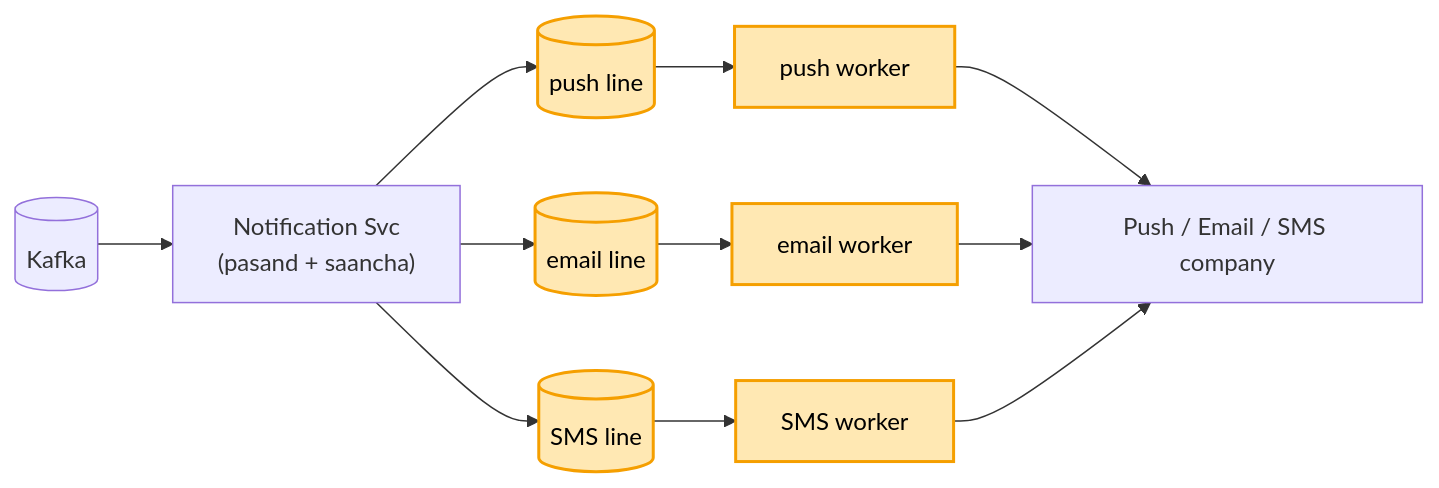
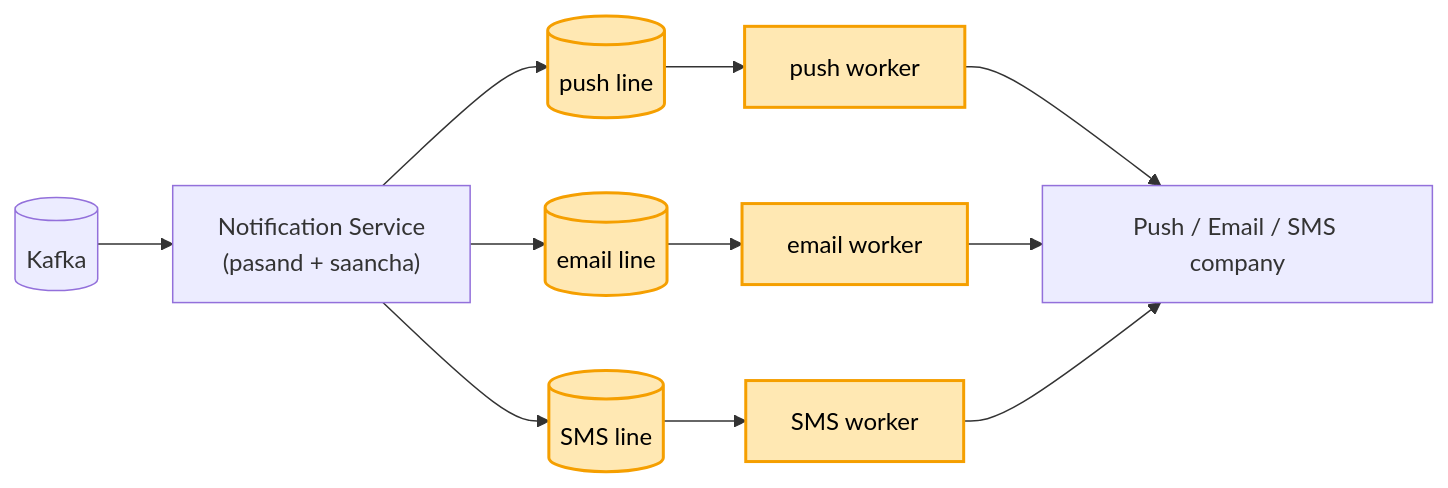
One commit to ArpanMaheshwari144/Prep changed the third of 11 diagrams in 04_HLD/SYSTEM_DESIGNS/04_notification_system/04_notification_system.md. Above: the diagram before and after it, drawn with Mermaid. The commit also changed other lines of this file and 8 other files, not shown here.

````diff
--- a/04_HLD/SYSTEM_DESIGNS/04_notification_system/04_notification_system.md
+++ b/04_HLD/SYSTEM_DESIGNS/04_notification_system/04_notification_system.md
@@ -103,17 +103,17 @@
 ```mermaid
 flowchart LR
-    K[("Kafka")] --> N["Notification Svc<br/>(pasand + saancha)"]
+    K[("Kafka")] --> N["Notification Service<br/>(pasand + saancha)"]
     N --> LP[("push line")]
     N --> LE[("email line")]
     N --> LS[("SMS line")]
     LP --> WP["push worker"]
     LE --> WE["email worker"]
     LS --> WS["SMS worker"]
     WP & WE & WS --> C["Push / Email / SMS company"]
     style LP fill:#ffe8b3,stroke:#f59f00,stroke-width:2px,color:#000
     style LE fill:#ffe8b3,stroke:#f59f00,stroke-width:2px,color:#000
     style LS fill:#ffe8b3,stroke:#f59f00,stroke-width:2px,color:#000
     style WP fill:#ffe8b3,stroke:#f59f00,stroke-width:2px,color:#000
     style WE fill:#ffe8b3,stroke:#f59f00,stroke-width:2px,color:#000
     style WS fill:#ffe8b3,stroke:#f59f00,stroke-width:2px,color:#000
 ```
````
